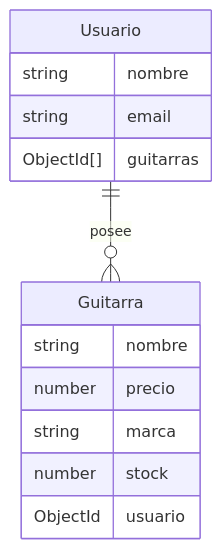
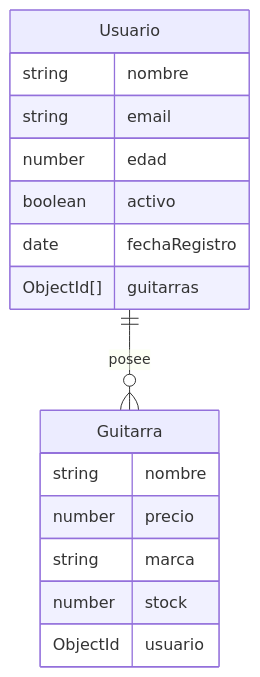
The diagram in README.md (brayandiazc/nodeApi_musicStore), drawn with Mermaid before and after one commit. The commit also changed other lines of this file and 1 other file, not shown here.

````diff
--- a/README.md
+++ b/README.md
@@ -75,18 +75,21 @@
 ```mermaid
 erDiagram
     Usuario {
       string nombre
       string email
+      number edad
+      boolean activo
+      date fechaRegistro
       ObjectId[] guitarras
     }
 
     Guitarra {
       string nombre
       number precio
       string marca
       number stock
       ObjectId usuario
     }
 
     Usuario ||--o{ Guitarra : posee
 ```
````
